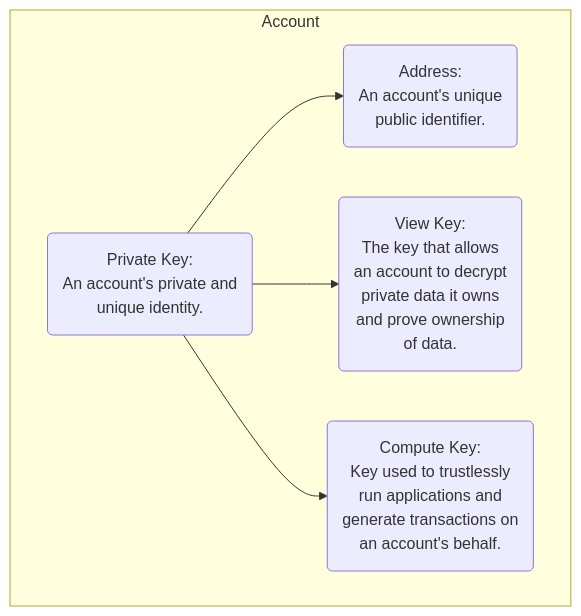
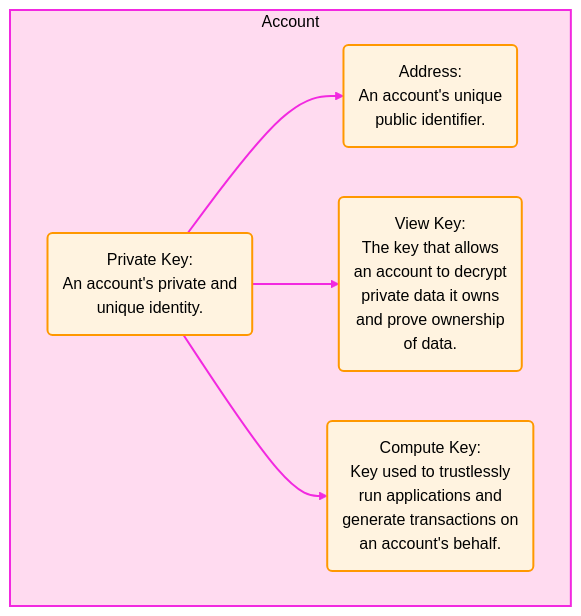
Before and after one commit to ProvableHQ/sdk: the diagram in docs/Guide/03_creating_accounts.md, drawn with Mermaid. The commit also changed other lines of this file and 3 other files, not shown here.

````diff
--- a/docs/Guide/03_creating_accounts.md
+++ b/docs/Guide/03_creating_accounts.md
@@ -45,31 +29,36 @@
 ```mermaid
 flowchart TD
     subgraph Account
         B(
             Private Key:
             An account's private and
             unique identity.
         )
         B --> C(
             Address:
             An account's unique
             public identifier.
         )
         B --> D(
             View Key:
             The key that allows
             an account to decrypt
             private data it owns
             and prove ownership
             of data.
             
         )
         B --> E(
             Compute Key:
             Key used to trustlessly
             run applications and
             generate transactions on
             an account's behalf.
         )
     end
+
+%% Styling (All text black)
+    classDef default fill:#fff3e0,stroke:#ff9800,stroke-width:2px,color:#000;
+    style Account fill:#ffdbf0,stroke:#f229e0,stroke-width:2px,color:#000;
+    linkStyle default stroke:#f229e0,stroke-width:2px;
 ```
````
